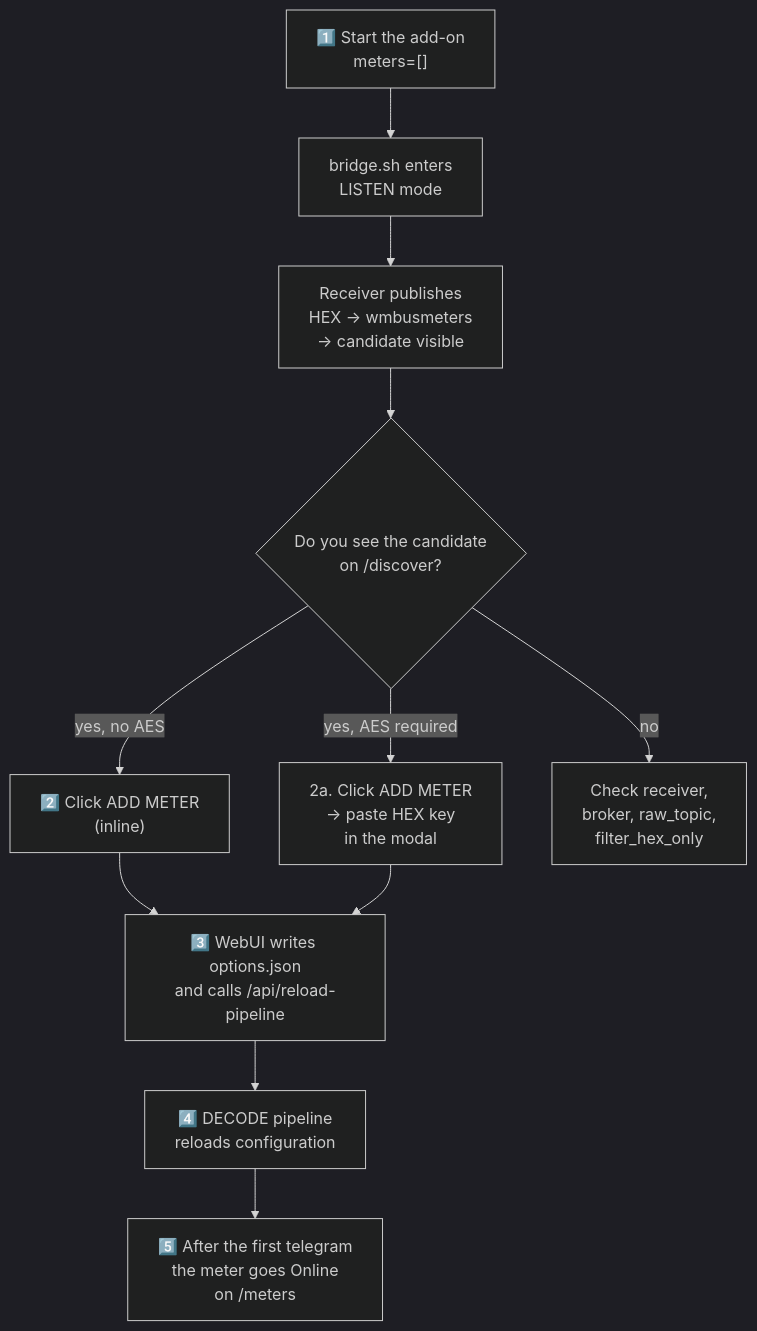
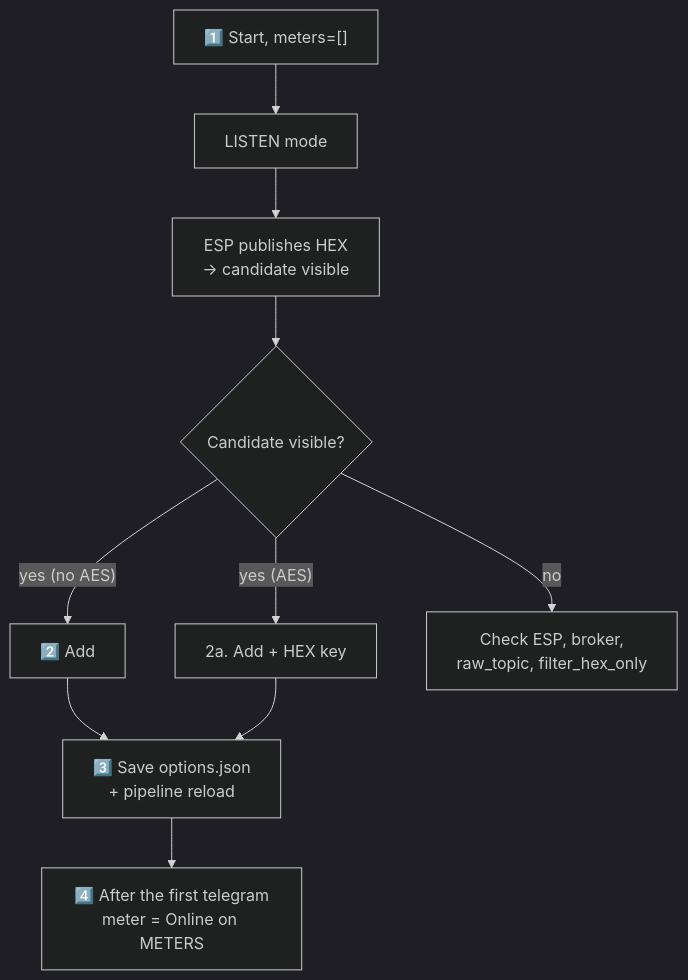
The second of 2 diagrams in docs/README.en.md (Kustonium/homeassistant-wmbus-mqtt-bridge-dev), drawn with Mermaid (dark theme) before and after one commit. The commit also changed other lines of this file and 4 other files, not shown here.

First line of the commit message:
docs: slim README.{en,de,cs,sk} to user guides; link ARCHITECTURE.md from root

````diff
--- a/docs/README.en.md
+++ b/docs/README.en.md
@@ -319,13 +161,12 @@
 ```mermaid
 flowchart TD
-  A["1️⃣ Start the add-on<br/>meters=[]"] --> B["bridge.sh enters<br/>LISTEN mode"]
-  B --> C["Receiver publishes<br/>HEX → wmbusmeters<br/>→ candidate visible"]
-  C --> D{"Do you see the candidate<br/>on /discover?"}
-  D -- "yes, no AES" --> E["2️⃣ Click ADD METER<br/>(inline)"]
-  D -- "yes, AES required" --> F["2a. Click ADD METER<br/>→ paste HEX key<br/>in the modal"]
-  D -- "no" --> G["Check receiver,<br/>broker, raw_topic,<br/>filter_hex_only"]
-  E --> H["3️⃣ WebUI writes options.json<br/>and calls /api/reload-pipeline"]
+  A["1️⃣ Start, meters=[]"] --> B["LISTEN mode"]
+  B --> C["ESP publishes HEX<br/>→ candidate visible"]
+  C --> D{"Candidate visible?"}
+  D -- "yes (no AES)" --> E["2️⃣ Add"]
+  D -- "yes (AES)" --> F["2a. Add + HEX key"]
+  D -- "no" --> G["Check ESP, broker,<br/>raw_topic, filter_hex_only"]
+  E --> H["3️⃣ Save options.json<br/>+ pipeline reload"]
   F --> H
-  H --> I["4️⃣ DECODE pipeline<br/>reloads configuration"]
-  I --> J["5️⃣ After the first telegram<br/>the meter goes Online<br/>on /meters"]
+  H --> I["4️⃣ After the first telegram<br/>meter = Online on METERS"]
 ```
````
